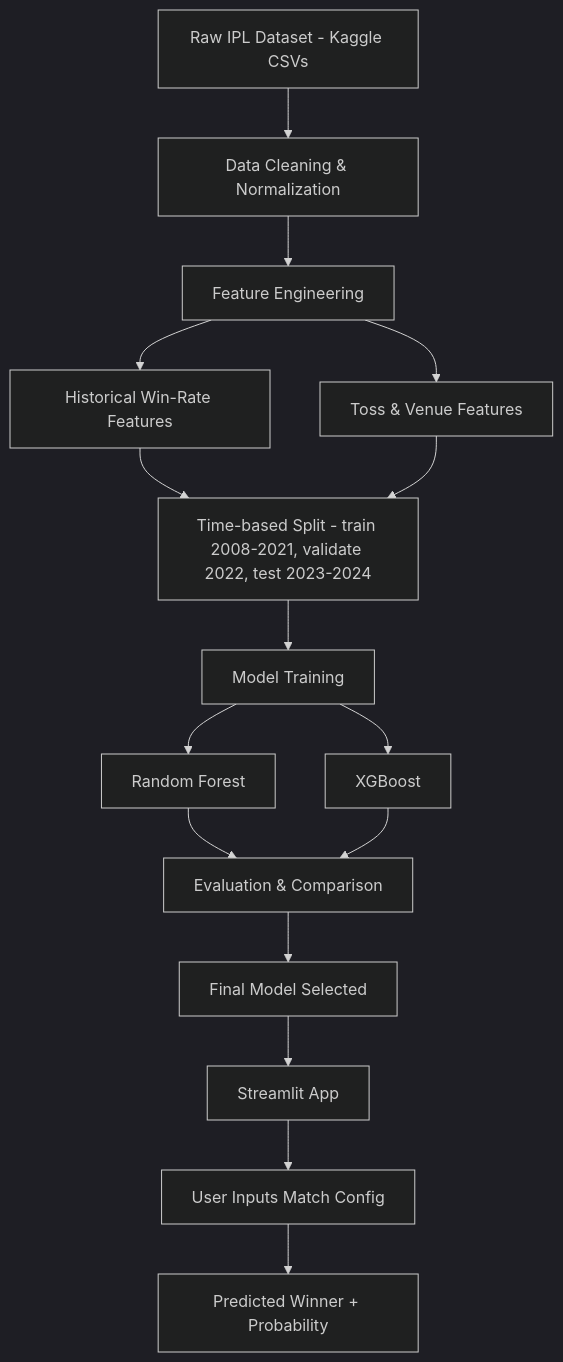
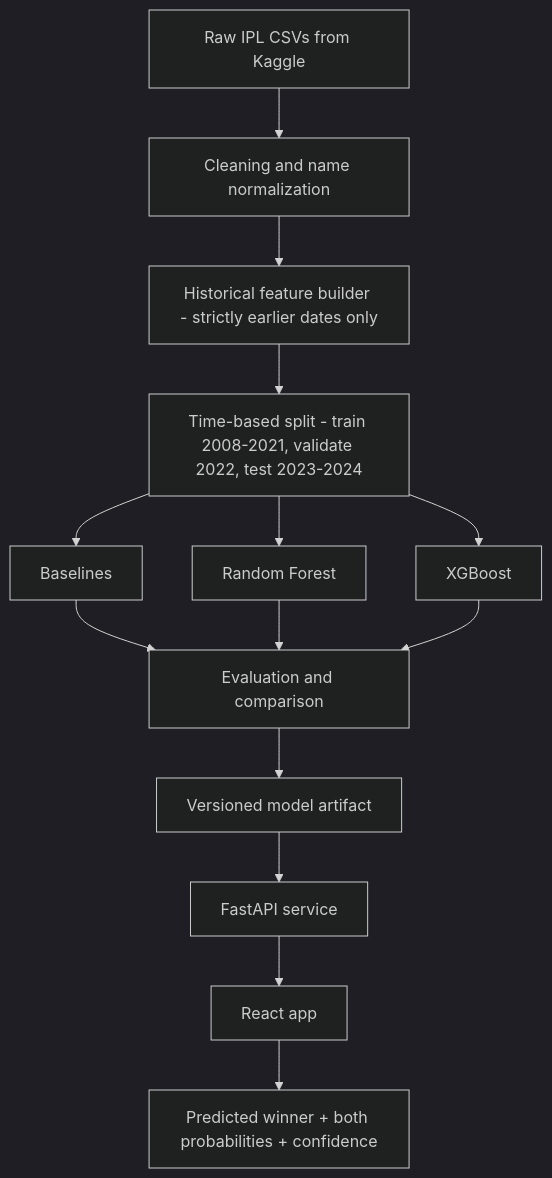
Before and after one commit to Roy-code5k/IPL_Match_Predictor-: the diagram in README.md, drawn with Mermaid (dark theme). The commit also changed other lines of this file and 2 other files, not shown here.

First line of the commit message:
Rewrite README for React + FastAPI and the actual project state

````diff
--- a/README.md
+++ b/README.md
@@ -69,18 +74,16 @@
 ```mermaid
 flowchart TD
-    A[Raw IPL Dataset - Kaggle CSVs] --> B[Data Cleaning & Normalization]
-    B --> C[Feature Engineering]
-    C --> D[Historical Win-Rate Features]
-    C --> E[Toss & Venue Features]
-    D --> F[Time-based Split - train 2008-2021, validate 2022, test 2023-2024]
-    E --> F
-    F --> G[Model Training]
-    G --> H[Random Forest]
-    G --> I[XGBoost]
-    H --> J[Evaluation & Comparison]
-    I --> J
-    J --> K[Final Model Selected]
-    K --> L[Streamlit App]
-    L --> M[User Inputs Match Config]
-    M --> N[Predicted Winner + Probability]
+    A[Raw IPL CSVs from Kaggle] --> B[Cleaning and name normalization]
+    B --> C[Historical feature builder - strictly earlier dates only]
+    C --> D[Time-based split - train 2008-2021, validate 2022, test 2023-2024]
+    D --> E[Baselines]
+    D --> F[Random Forest]
+    D --> G[XGBoost]
+    E --> H[Evaluation and comparison]
+    F --> H
+    G --> H
+    H --> I[Versioned model artifact]
+    I --> J[FastAPI service]
+    J --> K[React app]
+    K --> L[Predicted winner + both probabilities + confidence]
 ```
````
